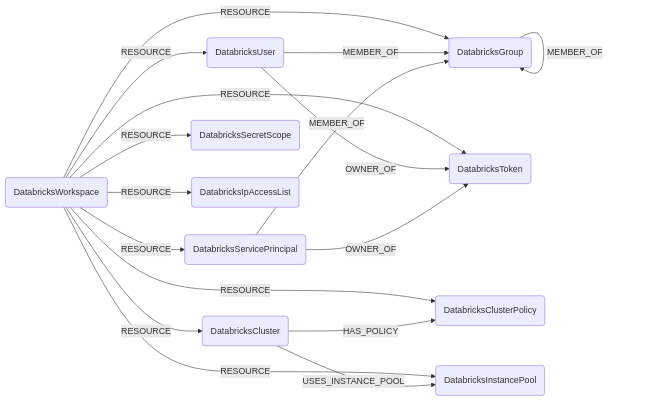
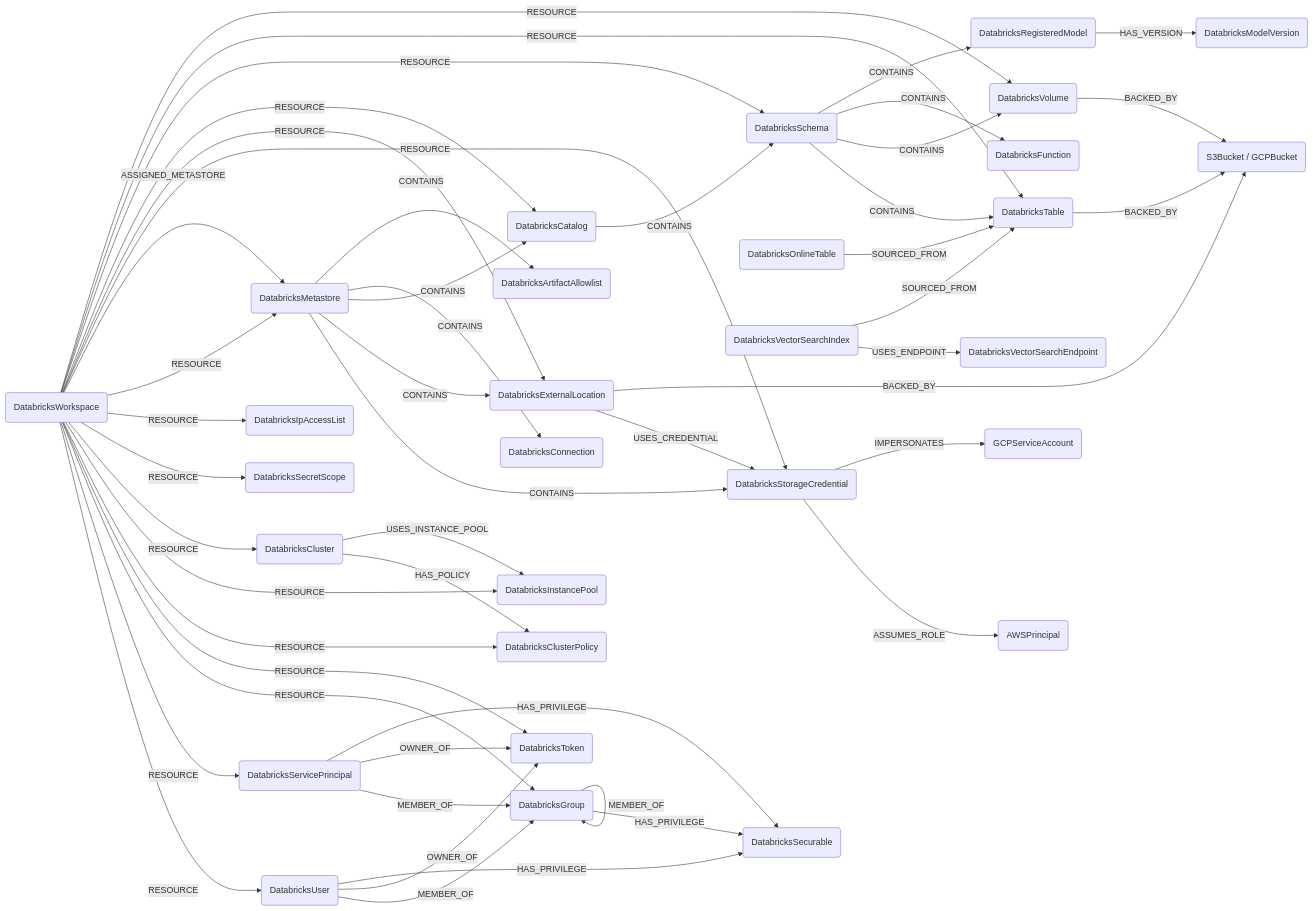
One commit to sec-js/cartography changed the diagram in docs/root/modules/databricks/schema.md. Above: the diagram before and after it, drawn with Mermaid. The commit also changed other lines of this file and 60 other files, not shown here.

````diff
--- a/docs/root/modules/databricks/schema.md
+++ b/docs/root/modules/databricks/schema.md
@@ -3,19 +3,50 @@
 ```mermaid
 graph LR
 W(DatabricksWorkspace) -- RESOURCE --> U(DatabricksUser)
 W -- RESOURCE --> S(DatabricksServicePrincipal)
 W -- RESOURCE --> G(DatabricksGroup)
 W -- RESOURCE --> T(DatabricksToken)
 W -- RESOURCE --> CP(DatabricksClusterPolicy)
 W -- RESOURCE --> IP(DatabricksInstancePool)
 W -- RESOURCE --> C(DatabricksCluster)
 W -- RESOURCE --> SS(DatabricksSecretScope)
 W -- RESOURCE --> IPL(DatabricksIpAccessList)
 U -- MEMBER_OF --> G
 S -- MEMBER_OF --> G
 G -- MEMBER_OF --> G
 U -- OWNER_OF --> T
 S -- OWNER_OF --> T
 C -- HAS_POLICY --> CP
 C -- USES_INSTANCE_POOL --> IP
+W -- RESOURCE --> M(DatabricksMetastore)
+W -- ASSIGNED_METASTORE --> M
+W -- RESOURCE --> SC(DatabricksStorageCredential)
+W -- RESOURCE --> EL(DatabricksExternalLocation)
+W -- RESOURCE --> CAT(DatabricksCatalog)
+W -- RESOURCE --> SCH(DatabricksSchema)
+W -- RESOURCE --> TB(DatabricksTable)
+W -- RESOURCE --> VOL(DatabricksVolume)
+M -- CONTAINS --> SC
+M -- CONTAINS --> EL
+M -- CONTAINS --> CAT
+M -- CONTAINS --> CONN(DatabricksConnection)
+M -- CONTAINS --> AAL(DatabricksArtifactAllowlist)
+CAT -- CONTAINS --> SCH
+SCH -- CONTAINS --> TB
+SCH -- CONTAINS --> VOL
+SCH -- CONTAINS --> FN(DatabricksFunction)
+SCH -- CONTAINS --> RM(DatabricksRegisteredModel)
+RM -- HAS_VERSION --> MV(DatabricksModelVersion)
+SC -- ASSUMES_ROLE --> AWS(AWSPrincipal)
+SC -- IMPERSONATES --> GSA(GCPServiceAccount)
+EL -- USES_CREDENTIAL --> SC
+EL -- BACKED_BY --> BKT(S3Bucket / GCPBucket)
+TB -- BACKED_BY --> BKT
+VOL -- BACKED_BY --> BKT
+U -- HAS_PRIVILEGE --> DS(DatabricksSecurable)
+G -- HAS_PRIVILEGE --> DS
+S -- HAS_PRIVILEGE --> DS
+OT(DatabricksOnlineTable) -- SOURCED_FROM --> TB
+VSI(DatabricksVectorSearchIndex) -- USES_ENDPOINT --> VSE(DatabricksVectorSearchEndpoint)
+VSI -- SOURCED_FROM --> TB
 ```
````
